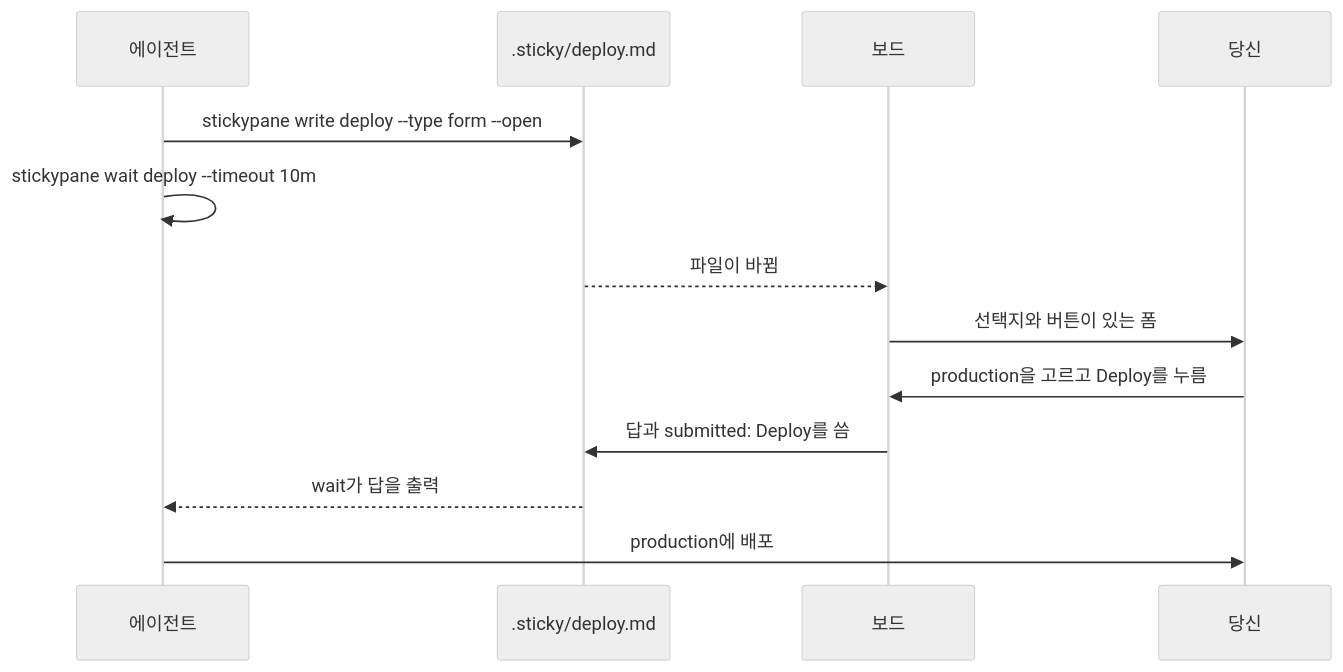
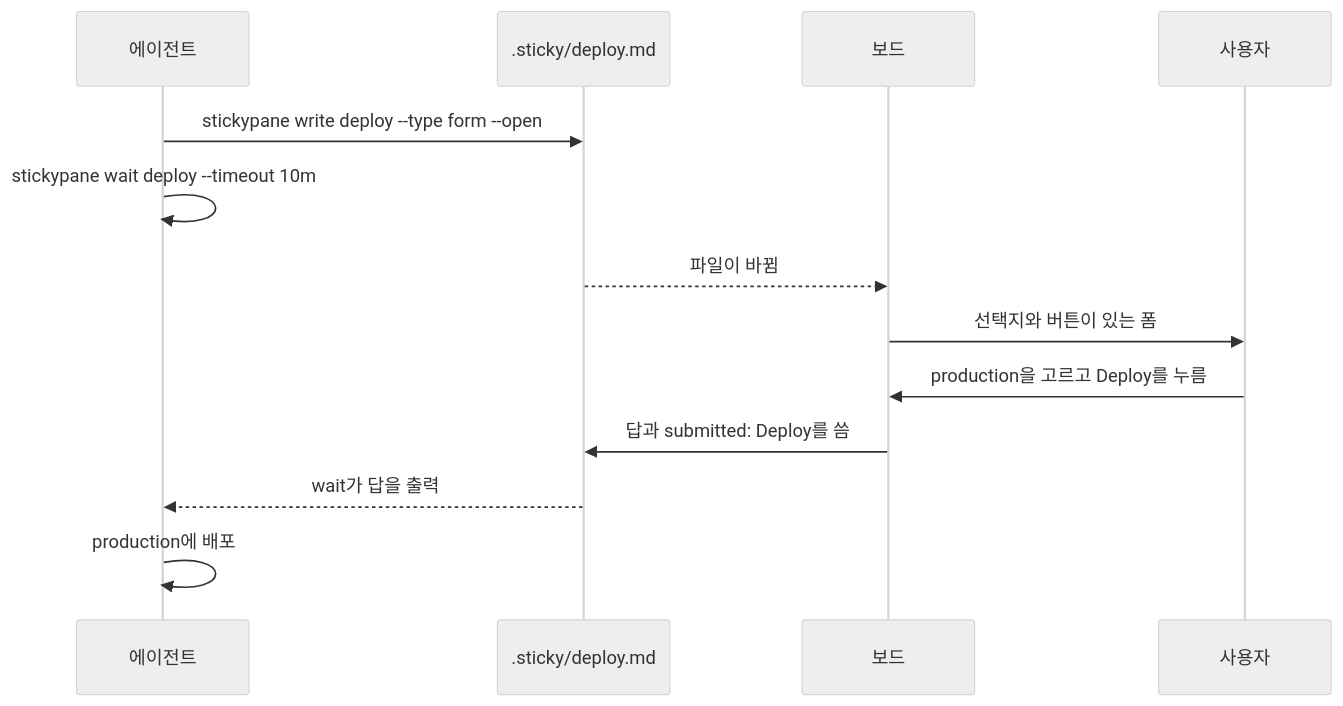
Before and after one commit to LeeSwallow/stickypane: the sixth of 6 diagrams in README.ko.md, drawn with Mermaid (neutral theme). The commit also changed other lines of this file and 4 other files, not shown here.

````diff
--- a/README.ko.md
+++ b/README.ko.md
@@ -233,15 +265,15 @@
 ```mermaid
 sequenceDiagram
     participant A as 에이전트
     participant F as .sticky/deploy.md
     participant B as 보드
-    participant U as 당신
+    participant U as 사용자
     A->>F: stickypane write deploy --type form --open
     A->>A: stickypane wait deploy --timeout 10m
     F-->>B: 파일이 바뀜
     B->>U: 선택지와 버튼이 있는 폼
     U->>B: production을 고르고 Deploy를 누름
     B->>F: 답과 submitted: Deploy를 씀
     F-->>A: wait가 답을 출력
-    A->>U: production에 배포
+    A->>A: production에 배포
 ```
````
